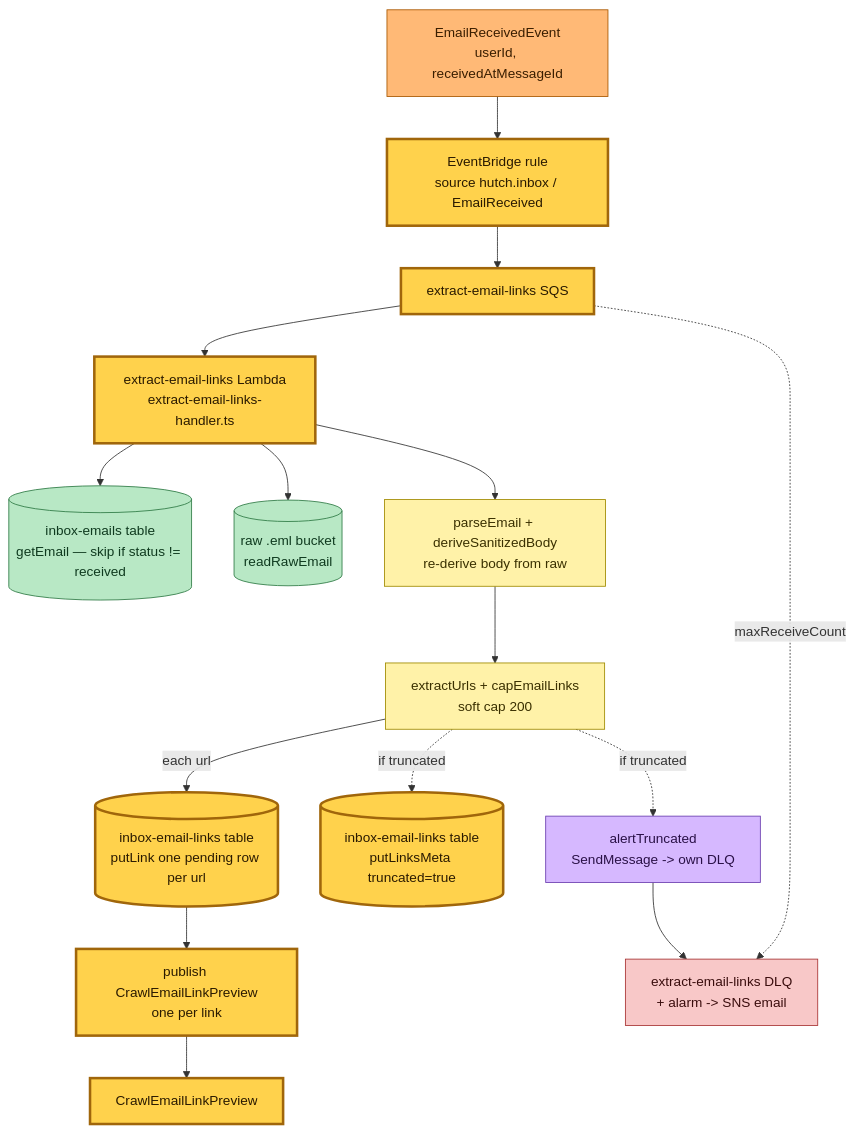
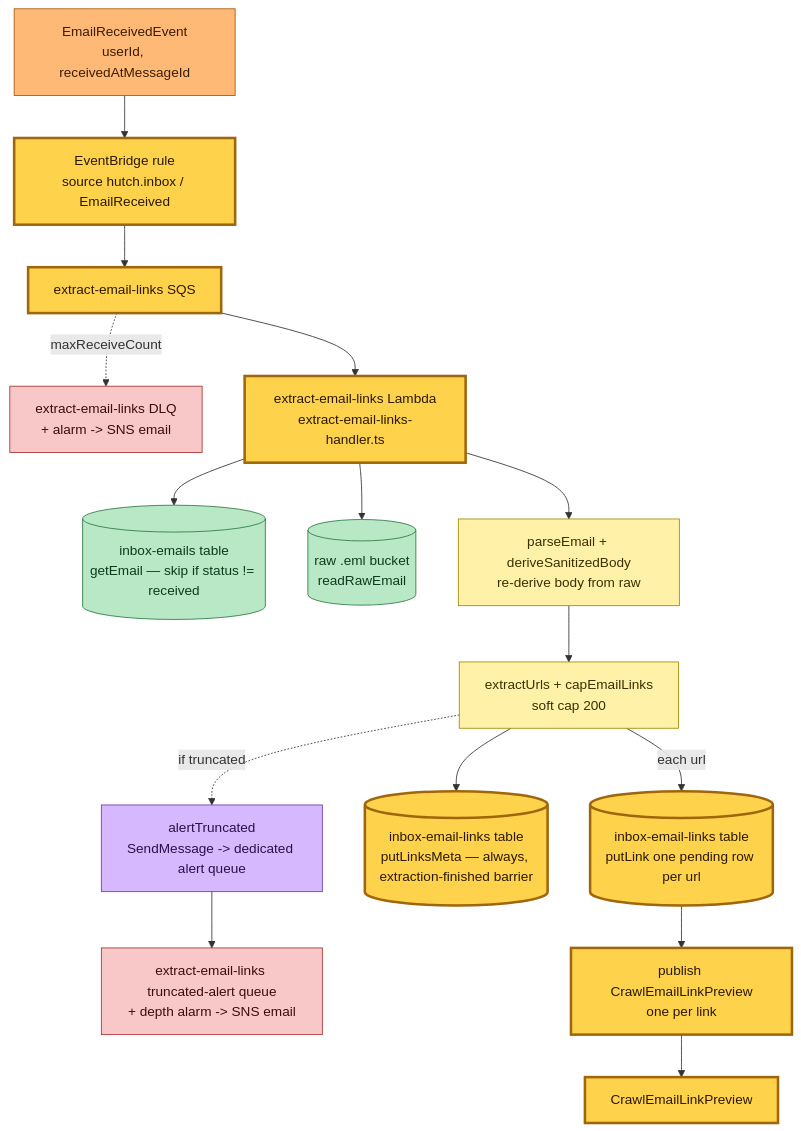
The first of 3 diagrams in .architecture/2026-06-28-cd26b26/link-previews.md (Readplace/readplace.com), drawn with Mermaid before and after one commit. The commit also changed other lines of this file and 15 other files, not shown here.

````diff
--- a/.architecture/2026-06-28-cd26b26/link-previews.md
+++ b/.architecture/2026-06-28-cd26b26/link-previews.md
@@ -44,36 +47,37 @@
 ```mermaid
 flowchart TD
 	classDef command fill:#a6d8ff,stroke:#1e6fb8,color:#06243b;
 	classDef system fill:#fff2a8,stroke:#a08a00,color:#3a3000;
 	classDef event fill:#ffb976,stroke:#a85800,color:#3a1e00;
 	classDef policy fill:#d6b8ff,stroke:#6b3fb0,color:#2a1147;
 	classDef store fill:#b8e8c5,stroke:#2f7a45,color:#0f3a1f;
 	classDef queue fill:#e8e8e8,stroke:#666,color:#222;
 	classDef dlq fill:#f8c8c8,stroke:#a83434,color:#3a0d0d;
 	classDef new fill:#ffd24c,stroke:#a0660b,stroke-width:3px,color:#2a1a00;
 
 	ERE[EmailReceivedEvent<br/>userId, receivedAtMessageId]:::event
 	rule[EventBridge rule<br/>source hutch.inbox / EmailReceived]:::new
 	q[extract-email-links SQS]:::new
 	dlq[extract-email-links DLQ<br/>+ alarm -> SNS email]:::dlq
 	h[extract-email-links Lambda<br/>extract-email-links-handler.ts]:::new
 
 	getEmail[(inbox-emails table<br/>getEmail — skip if status != received)]:::store
 	rawS3[(raw .eml bucket<br/>readRawEmail)]:::store
 	derive[parseEmail + deriveSanitizedBody<br/>re-derive body from raw]:::system
 	extract[extractUrls + capEmailLinks<br/>soft cap 200]:::system
 	putLink[(inbox-email-links table<br/>putLink one pending row per url)]:::new
-	meta[(inbox-email-links table<br/>putLinksMeta truncated=true)]:::new
-	alert[alertTruncated<br/>SendMessage -> own DLQ]:::policy
+	meta[(inbox-email-links table<br/>putLinksMeta — always, extraction-finished barrier)]:::new
+	alert[alertTruncated<br/>SendMessage -> dedicated alert queue]:::policy
+	alertq[extract-email-links truncated-alert queue<br/>+ depth alarm -> SNS email]:::dlq
 	pub[publish CrawlEmailLinkPreview<br/>one per link]:::new
 
 	ERE --> rule --> q --> h
 	q -. maxReceiveCount .-> dlq
 	h --> getEmail
 	h --> rawS3
 	h --> derive --> extract
 	extract -->|each url| putLink --> pub
-	extract -. if truncated .-> meta
-	extract -. if truncated .-> alert --> dlq
+	extract --> meta
+	extract -. if truncated .-> alert --> alertq
 	pub --> CELP[CrawlEmailLinkPreview]:::new
 ```
````
